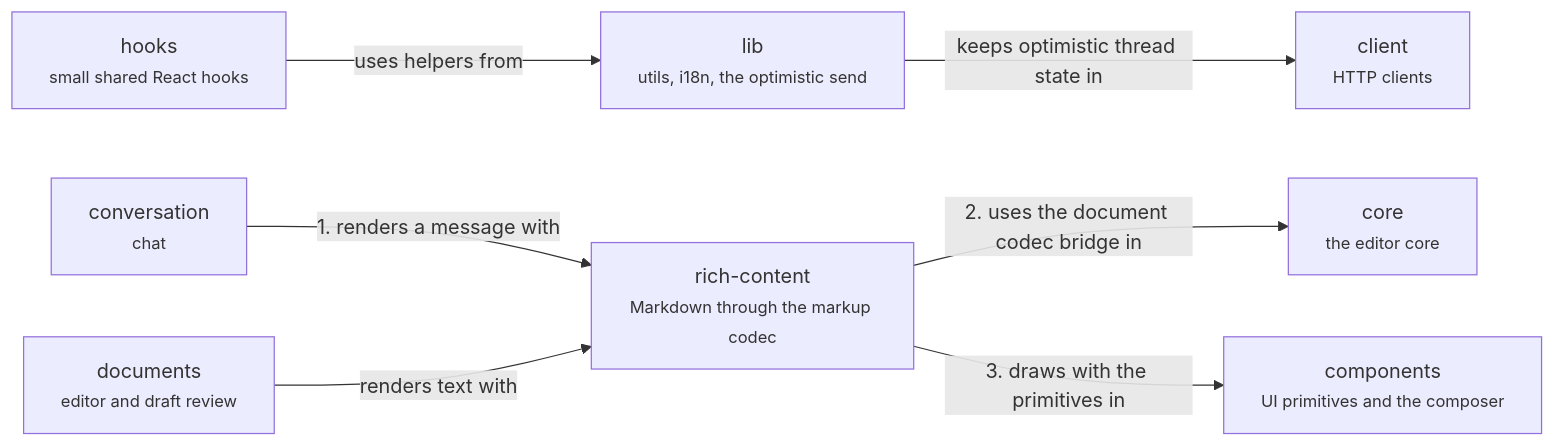
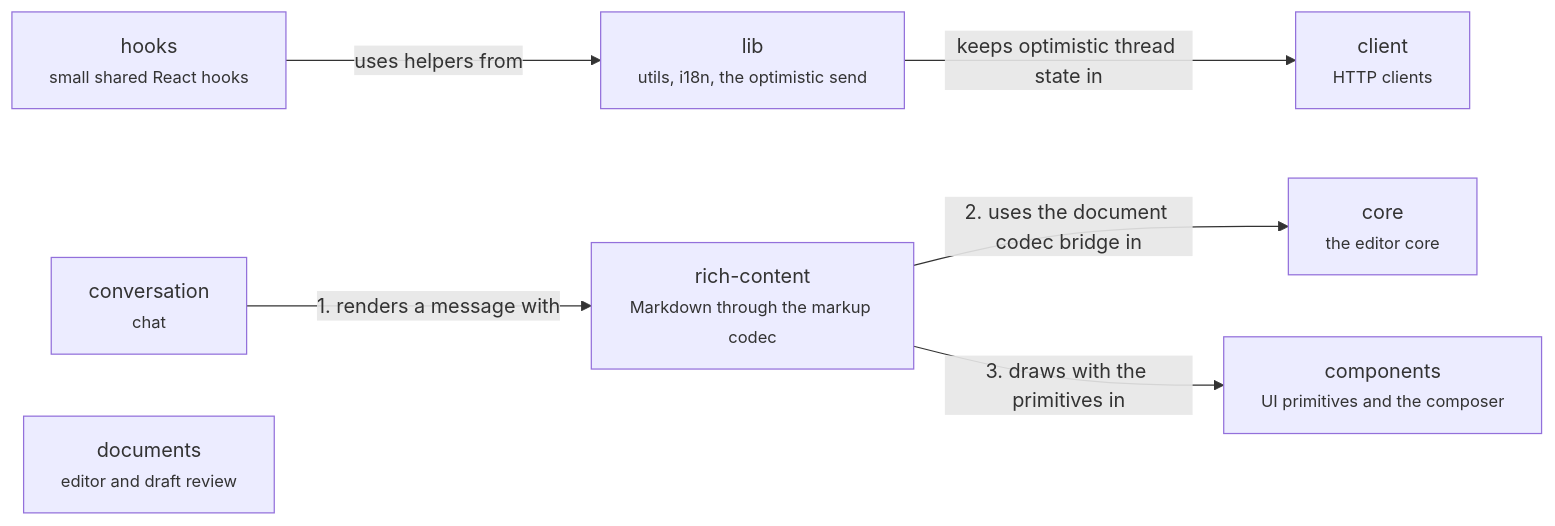
The diagram in .context/system-architecture/app-shared.md (haowjy/meridian-flow), drawn with Mermaid before and after one commit. The commit also changed other lines of this file and 7 other files, not shown here.

````diff
--- a/.context/system-architecture/app-shared.md
+++ b/.context/system-architecture/app-shared.md
@@ -5,17 +5,16 @@
 ```mermaid
 flowchart LR
   components["components<br/><small>UI primitives and the composer</small>"]:::module
   hooks["hooks<br/><small>small shared React hooks</small>"]:::module
   lib["lib<br/><small>utils, i18n, the optimistic send</small>"]:::module
   rich-content["rich-content<br/><small>Markdown through the markup codec</small>"]:::module
   conversation["conversation<br/><small>chat</small>"]:::context
   documents["documents<br/><small>editor and draft review</small>"]:::context
   core["core<br/><small>the editor core</small>"]:::context
   client["client<br/><small>HTTP clients</small>"]:::context
   conversation -->|"1. renders a message with"| rich-content
   rich-content -->|"2. uses the document codec bridge in"| core
   rich-content -->|"3. draws with the primitives in"| components
   hooks -->|"uses helpers from"| lib
   lib -->|"keeps optimistic thread state in"| client
-  documents -->|"renders text with"| rich-content
 ```
````
